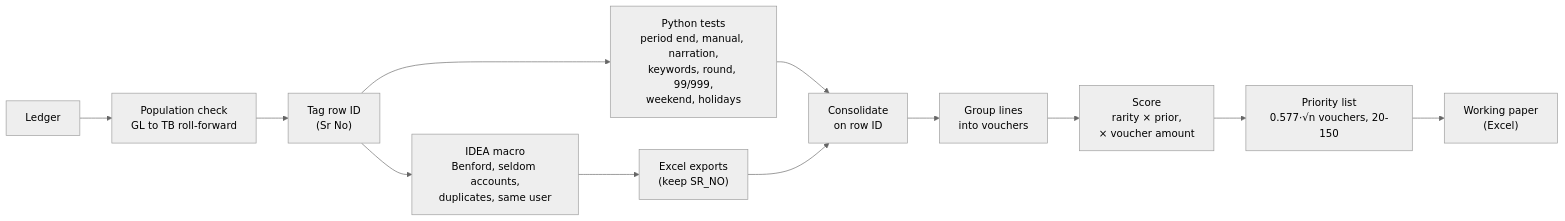
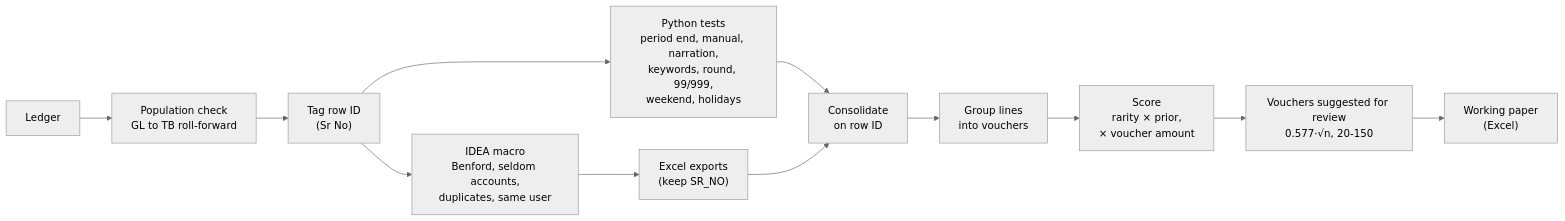
The diagram in README.md (luke-menezes/gl-risk-scoring), drawn with Mermaid (neutral theme) before and after one commit. The commit also changed other lines of this file and 15 other files, not shown here.

First line of the commit message:
Call the output vouchers suggested for review; warn on unmatched priors

````diff
--- a/README.md
+++ b/README.md
@@ -106,14 +106,14 @@
 ```mermaid
 flowchart LR
     A[Ledger] --> P["Population check<br/>GL to TB roll-forward"]
     P --> B["Tag row ID<br/>(Sr No)"]
     B --> C["Python tests<br/>period end, manual, narration,<br/>keywords, round, 99/999,<br/>weekend, holidays"]
     B --> D["IDEA macro<br/>Benford, seldom accounts,<br/>duplicates, same user"]
     D --> E["Excel exports<br/>(keep SR_NO)"]
     C --> F["Consolidate<br/>on row ID"]
     E --> F
     F --> V["Group lines<br/>into vouchers"]
     V --> G["Score<br/>rarity × prior,<br/>× voucher amount"]
-    G --> H["Priority list<br/>0.577·√n vouchers, 20-150"]
+    G --> H["Vouchers suggested for review<br/>0.577·√n, 20-150"]
     H --> W["Working paper<br/>(Excel)"]
 ```
````
